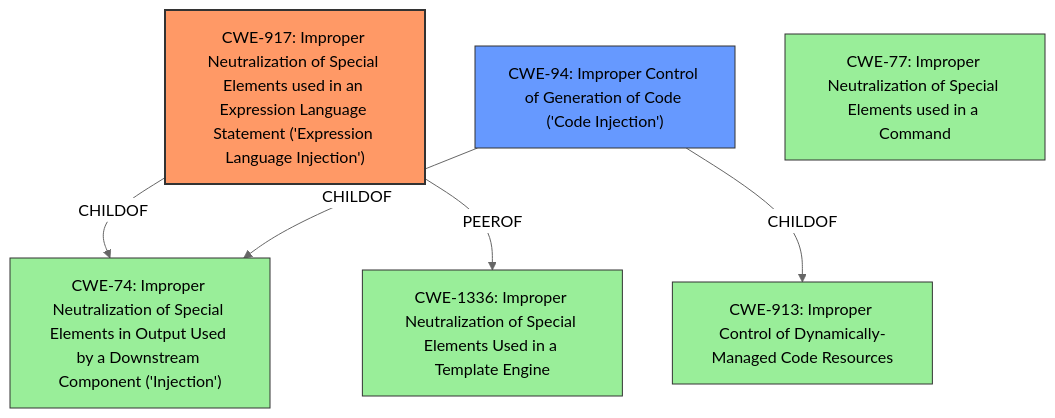
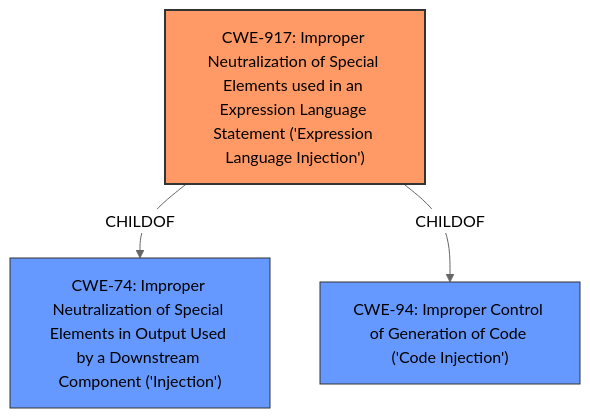
The diagram in CVE-2021-26084/CVE-2021-26084_analysis.md (CyberSecAI/cwe_agent_assign_reports_2023), drawn with Mermaid (neutral theme) before and after one commit. The commit also changed other lines of this file and 902 other files, not shown here.

````diff
--- a/CVE-2021-26084/CVE-2021-26084_analysis.md
+++ b/CVE-2021-26084/CVE-2021-26084_analysis.md
@@ -17,21 +18,15 @@
 ```mermaid
 graph TD
     cwe917["CWE-917: Improper Neutralization of Special Elements used in an Expression Language Statement ('Expression Language Injection')"]
     cwe94["CWE-94: Improper Control of Generation of Code ('Code Injection')"]
     cwe74["CWE-74: Improper Neutralization of Special Elements in Output Used by a Downstream Component ('Injection')"]
-    cwe77["CWE-77: Improper Neutralization of Special Elements used in a Command"]
-    cwe913["CWE-913: Improper Control of Dynamically-Managed Code Resources"]
-    cwe1336["CWE-1336: Improper Neutralization of Special Elements Used in a Template Engine"]
 
     cwe917 -->|CHILDOF| cwe74
-    cwe94 -->|CHILDOF| cwe74
-    cwe94 -->|CHILDOF| cwe913
-    cwe917 -->|PEEROF| cwe1336
+    cwe917 -->|CHILDOF| cwe94
 
     classDef primary fill:#f96,stroke:#333,stroke-width:2px
     classDef secondary fill:#69f,stroke:#333
     classDef tertiary fill:#9e9,stroke:#333
     class cwe917 primary
-    class cwe94 secondary
-    class cwe74,cwe77,cwe913,cwe1336 tertiary
+    class cwe94,cwe74 secondary
 ```
````
